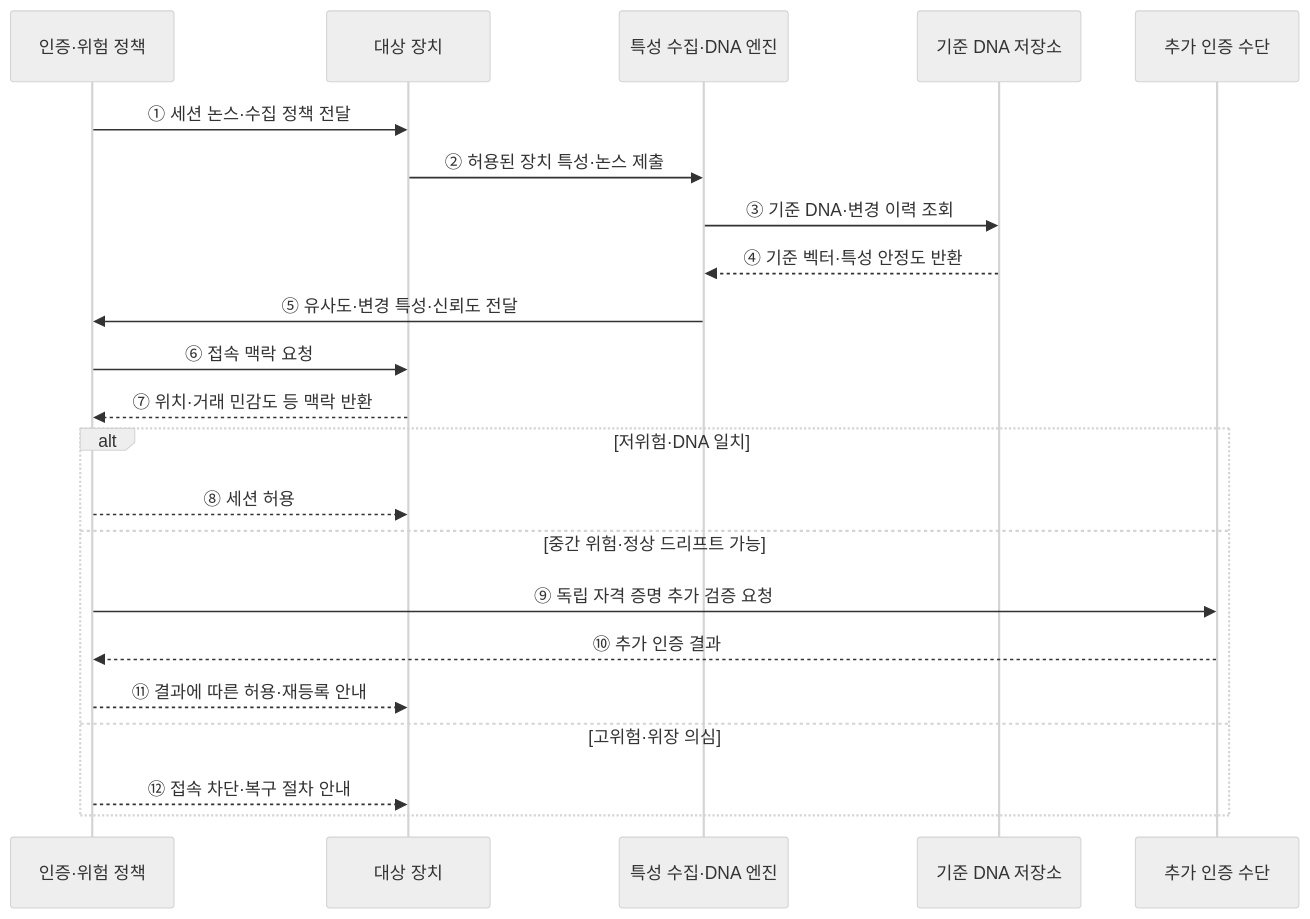
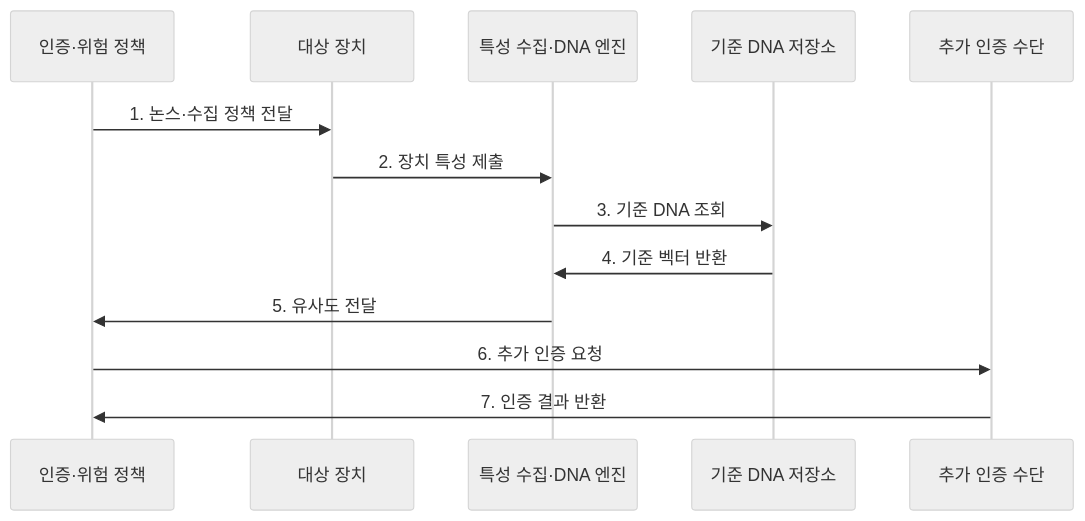
The second of 2 diagrams in src/content/docs/notes/02-hardware/071_device_dna.md (agnusdei1207/knowledge-base), drawn with Mermaid (neutral theme) before and after one commit. The commit also changed other lines of this file and 20 other files, not shown here.

````diff
--- a/src/content/docs/notes/02-hardware/071_device_dna.md
+++ b/src/content/docs/notes/02-hardware/071_device_dna.md
@@ -74,25 +83,16 @@
 ```mermaid
 sequenceDiagram
     participant A as 인증·위험 정책
     participant D as 대상 장치
     participant G as 특성 수집·DNA 엔진
     participant R as 기준 DNA 저장소
     participant M as 추가 인증 수단
 
-    A->>D: ① 세션 논스·수집 정책 전달
-    D->>G: ② 허용된 장치 특성·논스 제출
-    G->>R: ③ 기준 DNA·변경 이력 조회
-    R-->>G: ④ 기준 벡터·특성 안정도 반환
-    G->>A: ⑤ 유사도·변경 특성·신뢰도 전달
-    A->>D: ⑥ 접속 맥락 요청
-    D-->>A: ⑦ 위치·거래 민감도 등 맥락 반환
-    alt 저위험·DNA 일치
-        A-->>D: ⑧ 세션 허용
-    else 중간 위험·정상 드리프트 가능
-        A->>M: ⑨ 독립 자격 증명 추가 검증 요청
-        M-->>A: ⑩ 추가 인증 결과
-        A-->>D: ⑪ 결과에 따른 허용·재등록 안내
-    else 고위험·위장 의심
-        A-->>D: ⑫ 접속 차단·복구 절차 안내
-    end
+    A->>D: 1. 논스·수집 정책 전달
+    D->>G: 2. 장치 특성 제출
+    G->>R: 3. 기준 DNA 조회
+    R->>G: 4. 기준 벡터 반환
+    G->>A: 5. 유사도 전달
+    A->>M: 6. 추가 인증 요청
+    M->>A: 7. 인증 결과 반환
 ```
````
